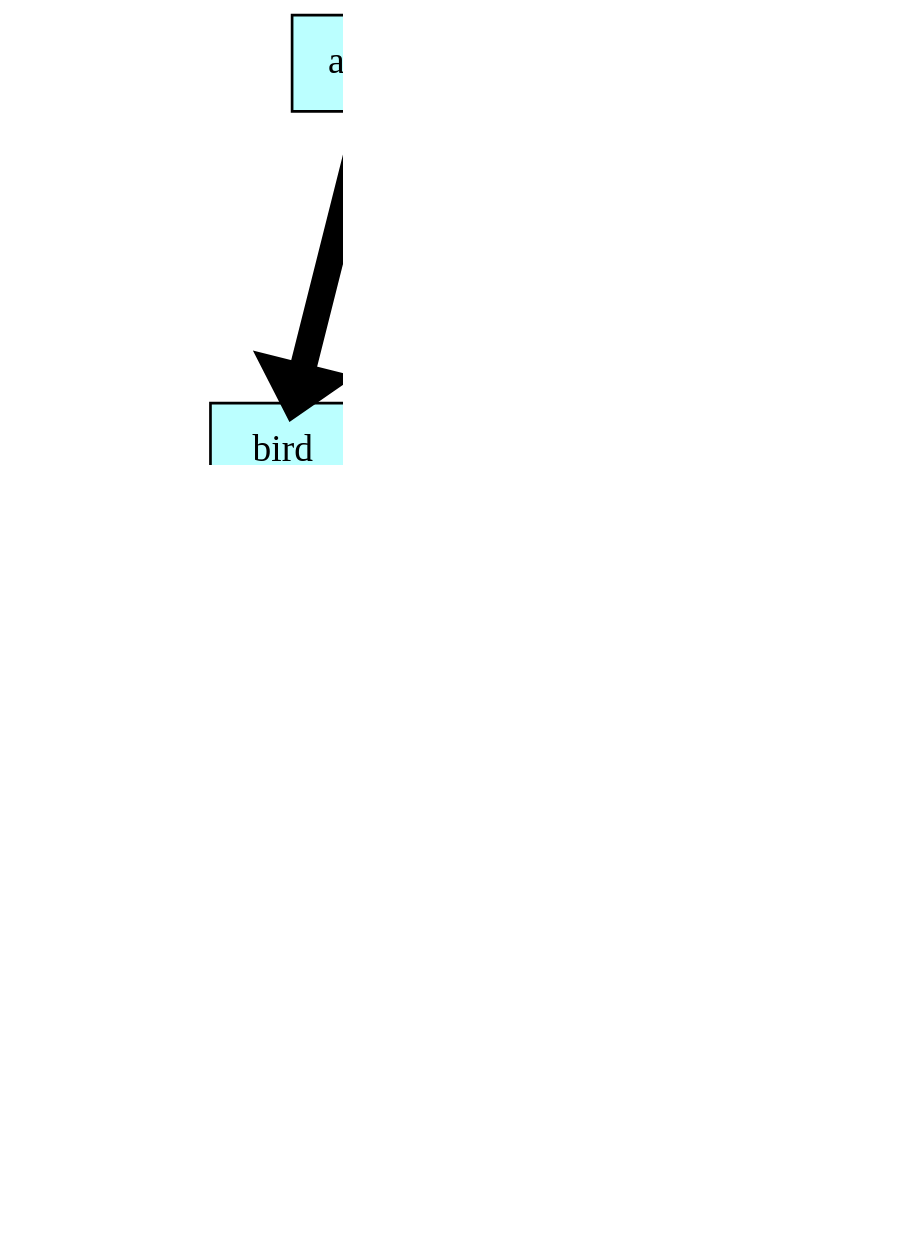
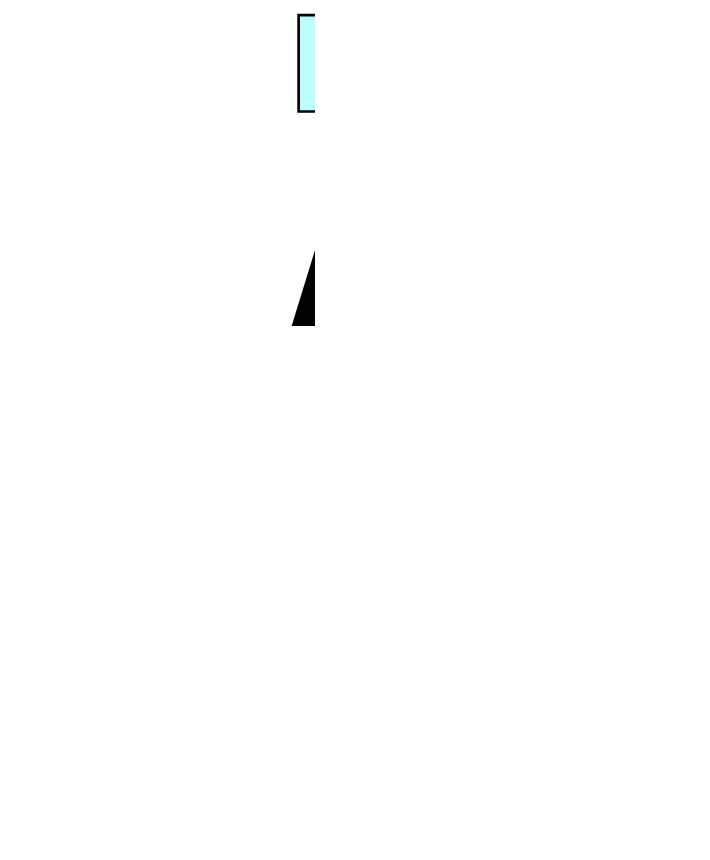
Before and after one commit to Troll0ton/Akinator3000: the diagram in dump/list_graph.dot, drawn with Graphviz. The commit also changed 11 other files, not shown here.

```diff
--- a/dump/list_graph.dot
+++ b/dump/list_graph.dot
@@ -1,38 +1,26 @@
 digraph structs {    
 rankdir = TB;        
 graph [dpi = 200];   
 ranksep = 1.5;       
 edge[penwidth = 10]; 
 cell0 [style = filled, color = black, fillcolor = paleturquoise1,
 shape=record,label = " { <ptr> animal} " ];                         
 cell1 [style = filled, color = black, fillcolor = paleturquoise1,
+shape=record,label = " { <ptr> can fly} " ];                         
+cell2 [style = filled, color = black, fillcolor = paleturquoise1,
 shape=record,label = " { <ptr> bird} " ];                         
-cell2 [style = filled, color = black, fillcolor = paleturquoise1,
-shape=record,label = " { <ptr> eagle} " ];                         
 cell3 [style = filled, color = black, fillcolor = paleturquoise1,
-shape=record,label = " { <ptr> fish} " ];                         
+shape=record,label = " { <ptr> cat} " ];                         
 cell4 [style = filled, color = black, fillcolor = paleturquoise1,
+shape=record,label = " { <ptr> can float} " ];                         
+cell5 [style = filled, color = black, fillcolor = paleturquoise1,
+shape=record,label = " { <ptr> boat} " ];                         
+cell6 [style = filled, color = black, fillcolor = paleturquoise1,
 shape=record,label = " { <ptr> car} " ];                         
-cell5 [style = filled, color = black, fillcolor = paleturquoise1,
-shape=record,label = " { <ptr> big} " ];                         
-cell6 [style = filled, color = black, fillcolor = paleturquoise1,
-shape=record,label = " { <ptr> kamaz} " ];                         
-cell7 [style = filled, color = black, fillcolor = paleturquoise1,
-shape=record,label = " { <ptr> lada} " ];                         
-cell8 [style = filled, color = black, fillcolor = paleturquoise1,
-shape=record,label = " { <ptr> can} " ];                         
-cell9 [style = filled, color = black, fillcolor = paleturquoise1,
-shape=record,label = " { <ptr> ship} " ];                         
-cell10 [style = filled, color = black, fillcolor = paleturquoise1,
-shape=record,label = " { <ptr> plane} " ];                         
 cell0 -> cell1;
 cell1 -> cell2;
 cell1 -> cell3;
 cell0 -> cell4;
 cell4 -> cell5;
-cell5 -> cell6;
-cell5 -> cell7;
-cell4 -> cell8;
-cell8 -> cell9;
-cell8 -> cell10;
+cell4 -> cell6;
 }
```
